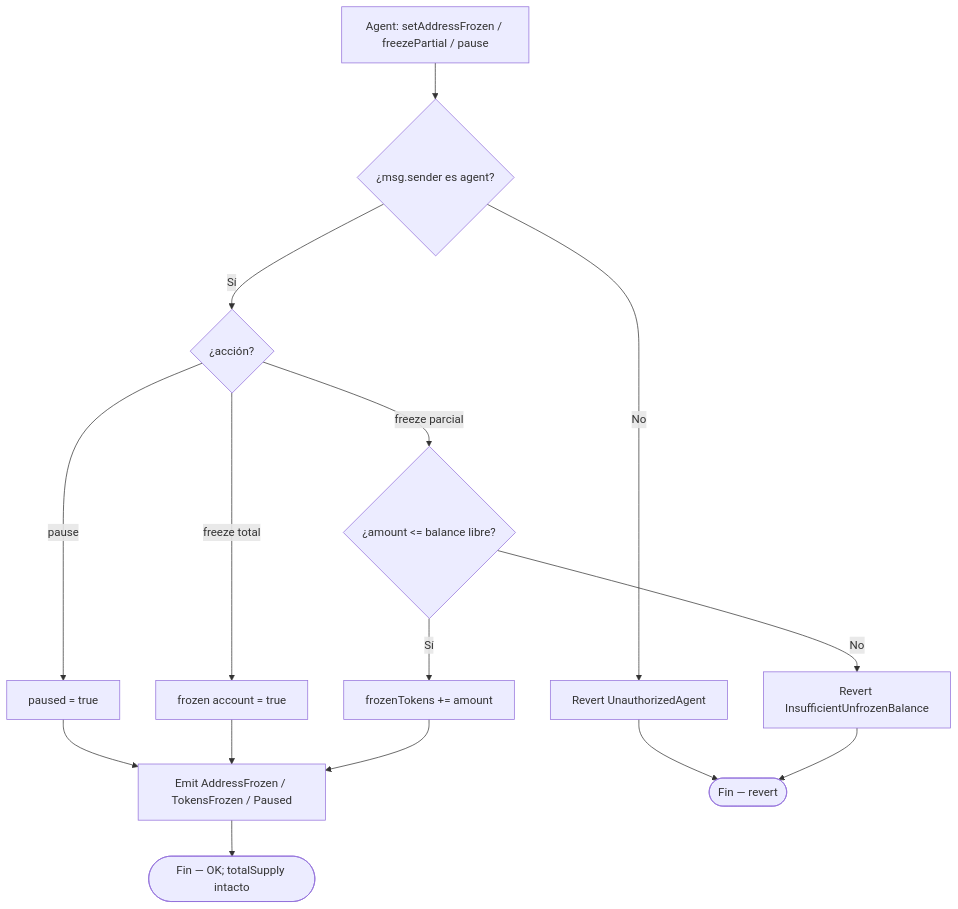
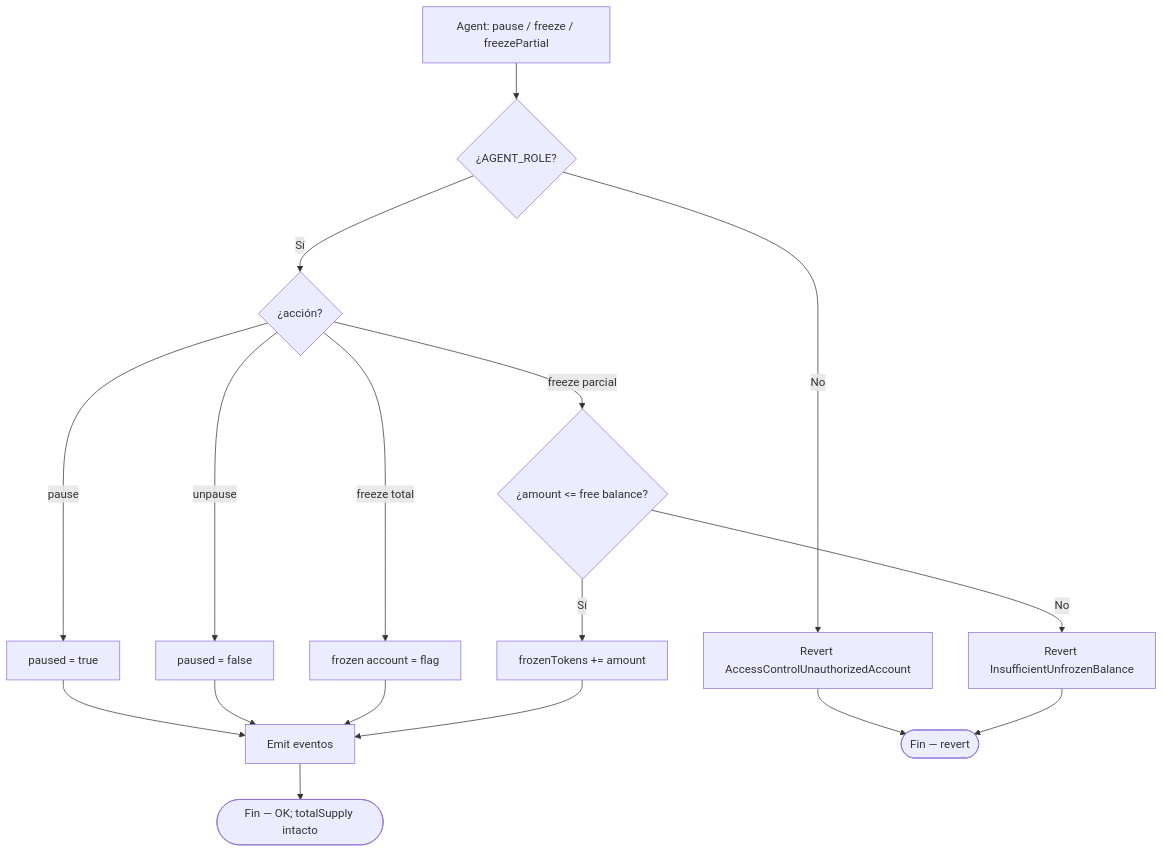
One commit to rastrahm/rwa-tokenization changed the third of 6 diagrams in doc/diagrama-de-flujo.md. Above: the diagram before and after it, drawn with Mermaid. The commit also changed other lines of this file and 7 other files, not shown here.

````diff
--- a/doc/diagrama-de-flujo.md
+++ b/doc/diagrama-de-flujo.md
@@ -57,17 +59,19 @@
 ```mermaid
 flowchart TD
-    A[Agent: setAddressFrozen / freezePartial / pause] --> B{¿msg.sender es agent?}
-    B -->|No| Z0[Revert UnauthorizedAgent]
+    A[Agent: pause / freeze / freezePartial] --> B{¿AGENT_ROLE?}
+    B -->|No| Z0[Revert AccessControlUnauthorizedAccount]
     B -->|Sí| C{¿acción?}
     C -->|pause| D[paused = true]
-    C -->|freeze total| E[frozen account = true]
-    C -->|freeze parcial| F{¿amount <= balance libre?}
-    F -->|No| Z1[Revert InsufficientUnfrozenBalance]
-    F -->|Sí| G[frozenTokens += amount]
-    D --> H[Emit AddressFrozen / TokensFrozen / Paused]
-    E --> H
-    G --> H
-    H --> Ok([Fin — OK; totalSupply intacto])
+    C -->|unpause| E[paused = false]
+    C -->|freeze total| F[frozen account = flag]
+    C -->|freeze parcial| G{¿amount <= free balance?}
+    G -->|No| Z1[Revert InsufficientUnfrozenBalance]
+    G -->|Sí| H[frozenTokens += amount]
+    D --> I[Emit eventos]
+    E --> I
+    F --> I
+    H --> I
+    I --> Ok([Fin — OK; totalSupply intacto])
     Z0 --> End([Fin — revert])
     Z1 --> End
 ```
````
